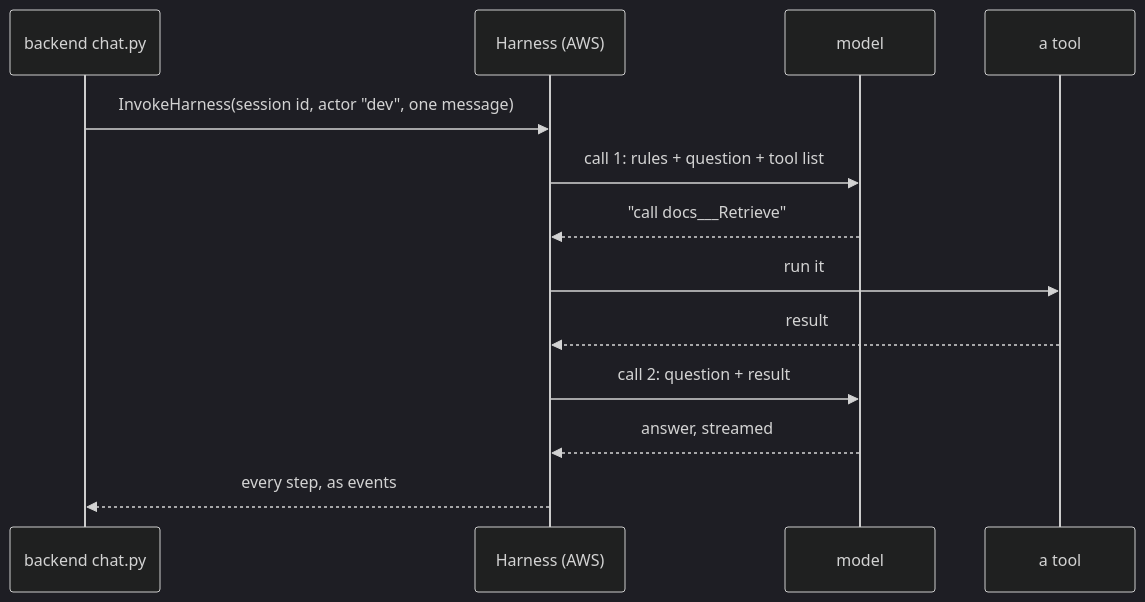
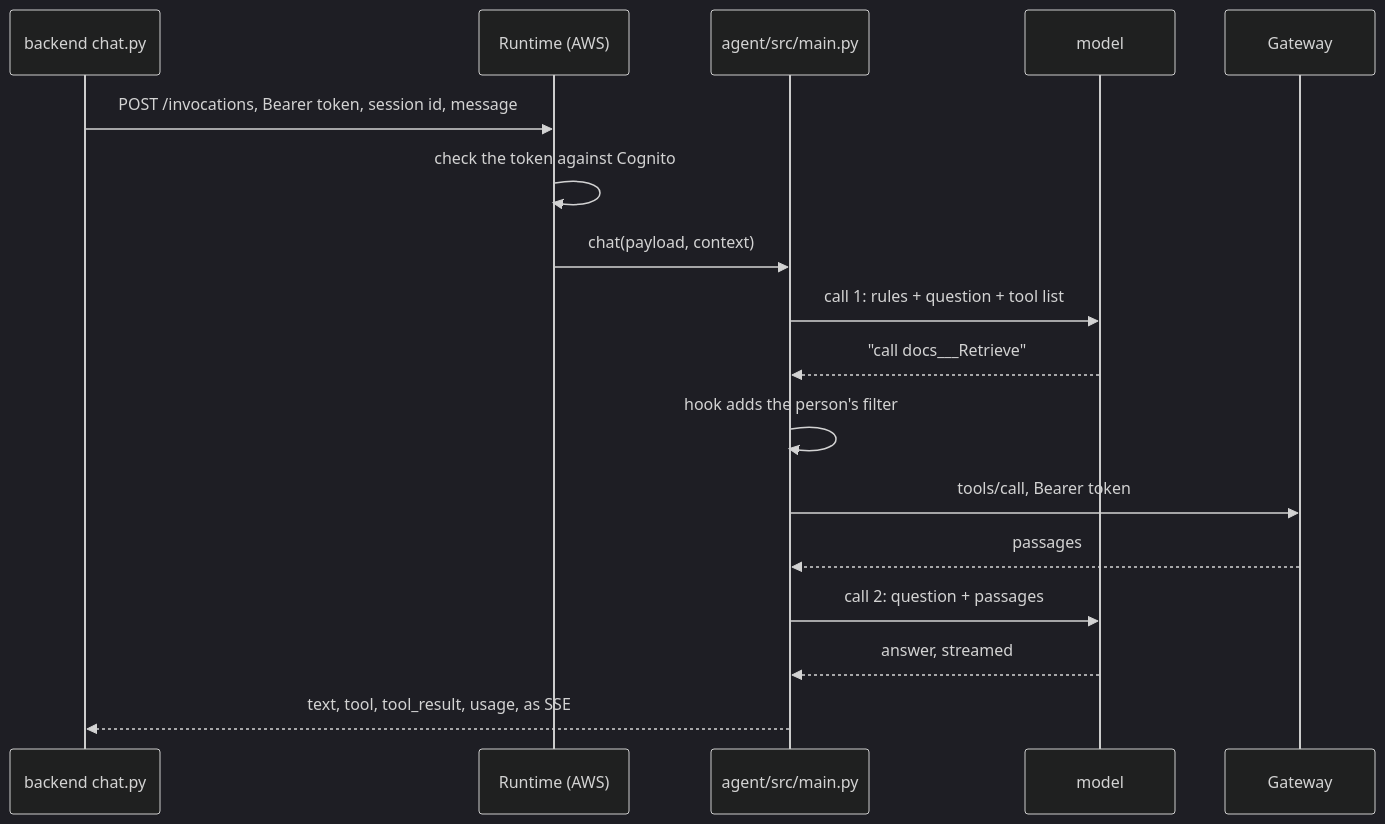
One commit to yashzord/Docs_Copilot changed diagram 17 of 21 in docs/course.md. Above: the diagram before and after it, drawn with Mermaid (dark theme). The commit also changed other lines of this file and 5 other files, not shown here.

First line of the commit message:
docs: course, README and demo for the login, the Runtime agent and the Cedar policy

````diff
--- a/docs/course.md
+++ b/docs/course.md
@@ -1928,15 +1939,19 @@
 ```mermaid
 sequenceDiagram
     participant F as backend chat.py
-    participant H as Harness (AWS)
+    participant R as Runtime (AWS)
+    participant A as agent/src/main.py
     participant M as model
-    participant T as a tool
-    F->>H: InvokeHarness(session id, actor "dev", one message)
-    H->>M: call 1: rules + question + tool list
-    M-->>H: "call docs___Retrieve"
-    H->>T: run it
-    T-->>H: result
-    H->>M: call 2: question + result
-    M-->>H: answer, streamed
-    H-->>F: every step, as events
+    participant G as Gateway
+    F->>R: POST /invocations, Bearer token, session id, message
+    R->>R: check the token against Cognito
+    R->>A: chat(payload, context)
+    A->>M: call 1: rules + question + tool list
+    M-->>A: "call docs___Retrieve"
+    A->>A: hook adds the person's filter
+    A->>G: tools/call, Bearer token
+    G-->>A: passages
+    A->>M: call 2: question + passages
+    M-->>A: answer, streamed
+    A-->>F: text, tool, tool_result, usage, as SSE
 ```
````
